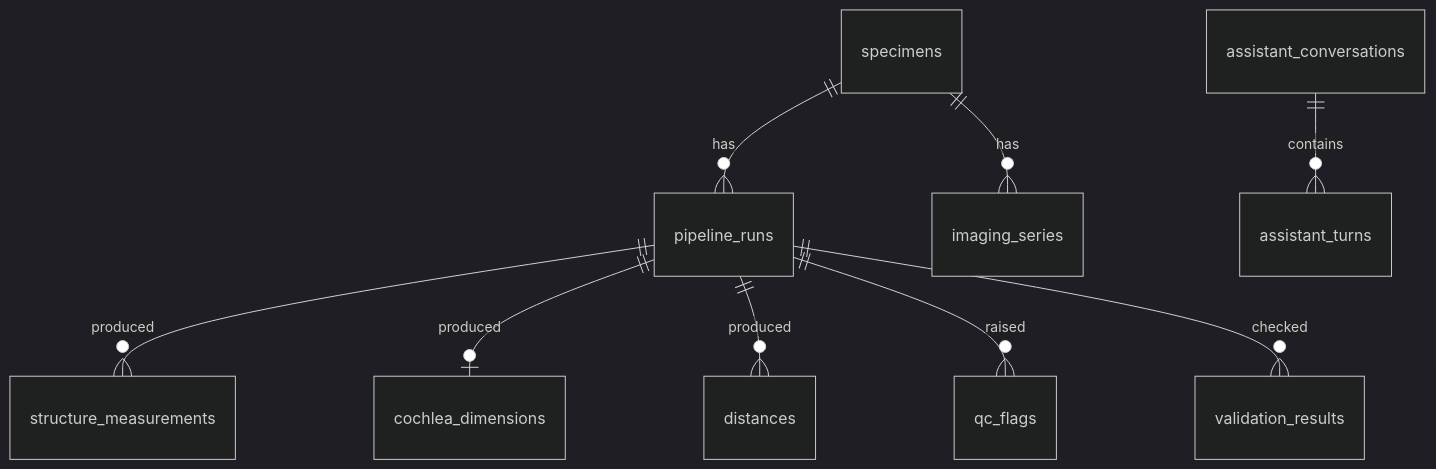
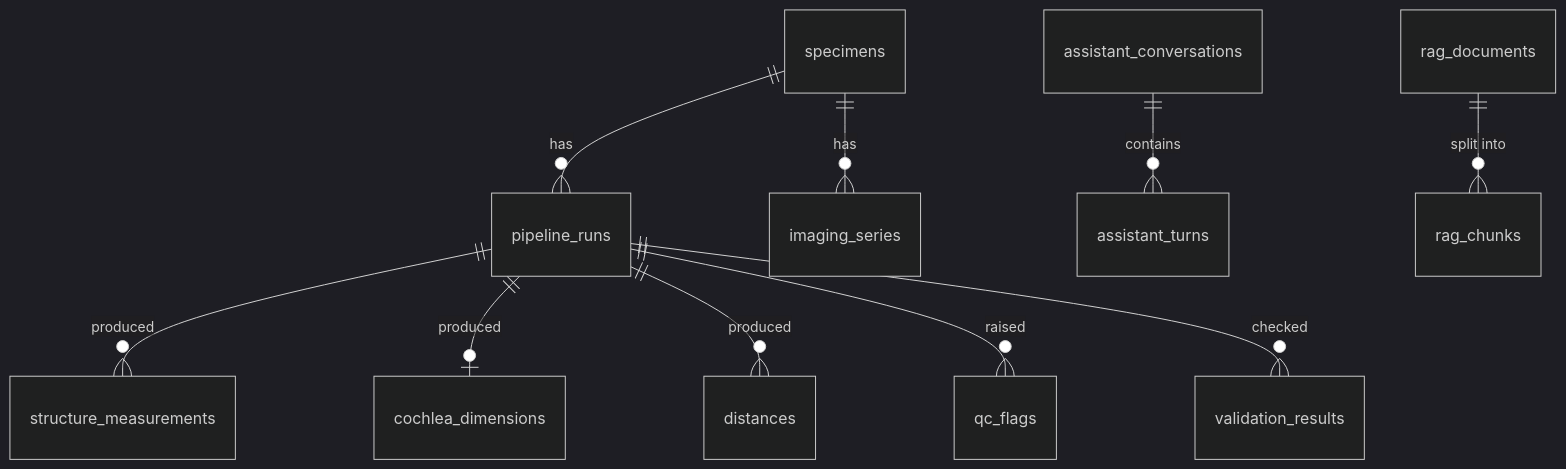
One commit to ZeeetOne/CochleaHub changed the second of 2 diagrams in docs/architecture/04-storage.md. Above: the diagram before and after it, drawn with Mermaid (dark theme). The commit also changed other lines of this file and 4 other files, not shown here.

Commit message:
docs: bring the stage 2-6 architecture pages up to date (pgvector, documents, two specimens)

````diff
--- a/docs/architecture/04-storage.md
+++ b/docs/architecture/04-storage.md
@@ -18,11 +20,12 @@
 ```mermaid
 erDiagram
     specimens ||--o{ pipeline_runs : has
     specimens ||--o{ imaging_series : has
     pipeline_runs ||--o{ structure_measurements : produced
     pipeline_runs ||--o| cochlea_dimensions : produced
     pipeline_runs ||--o{ distances : produced
     pipeline_runs ||--o{ qc_flags : raised
     pipeline_runs ||--o{ validation_results : checked
     assistant_conversations ||--o{ assistant_turns : contains
+    rag_documents ||--o{ rag_chunks : "split into"
 ```
````
